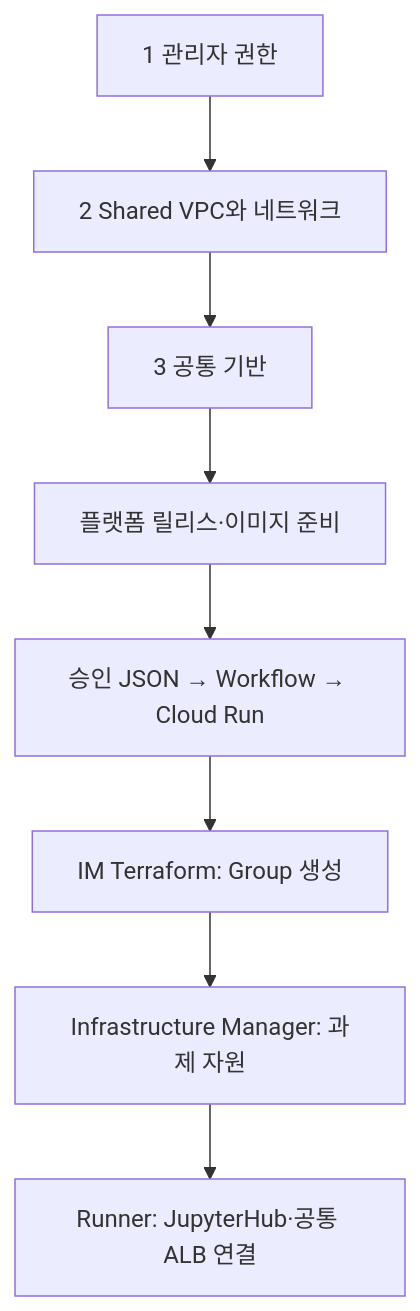
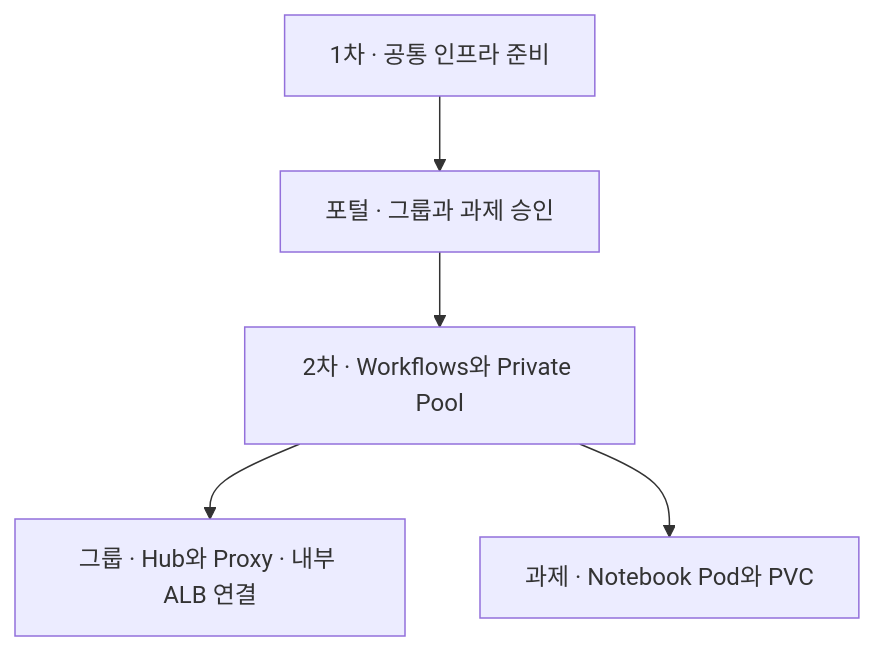
The diagram in README.md (sonmap/https-github.com-sonmap-GCP_SBX_Test02), drawn with Mermaid before and after one commit. The commit also changed other lines of this file and 78 other files, not shown here.

````diff
--- a/README.md
+++ b/README.md
@@ -93,10 +8,7 @@
 ```mermaid
 flowchart TD
-  A["1 관리자 권한"] --> B["2 Shared VPC와 네트워크"]
-  B --> C["3 공통 기반"]
-  C --> D["플랫폼 릴리스·이미지 준비"]
-  D --> E["승인 JSON → Workflow → Cloud Run"]
-  E --> F["IM Terraform: Group 생성"]
-  F --> G["Infrastructure Manager: 과제 자원"]
-  G --> H["Runner: JupyterHub·공통 ALB 연결"]
+    A["1차 · 공통 인프라 준비"] --> P["포털 · 그룹과 과제 승인"]
+    P --> W["2차 · Workflows와 Private Pool"]
+    W --> H["그룹 · Hub와 Proxy · 내부 ALB 연결"]
+    W --> N["과제 · Notebook Pod와 PVC"]
 ```
````
